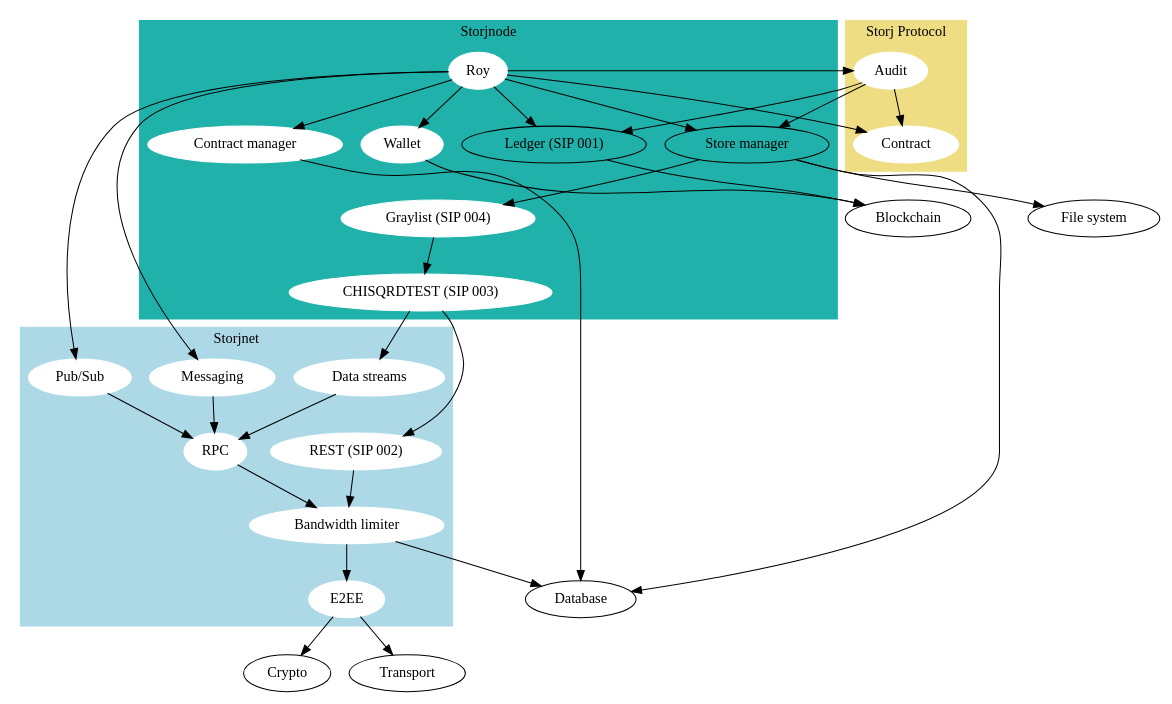
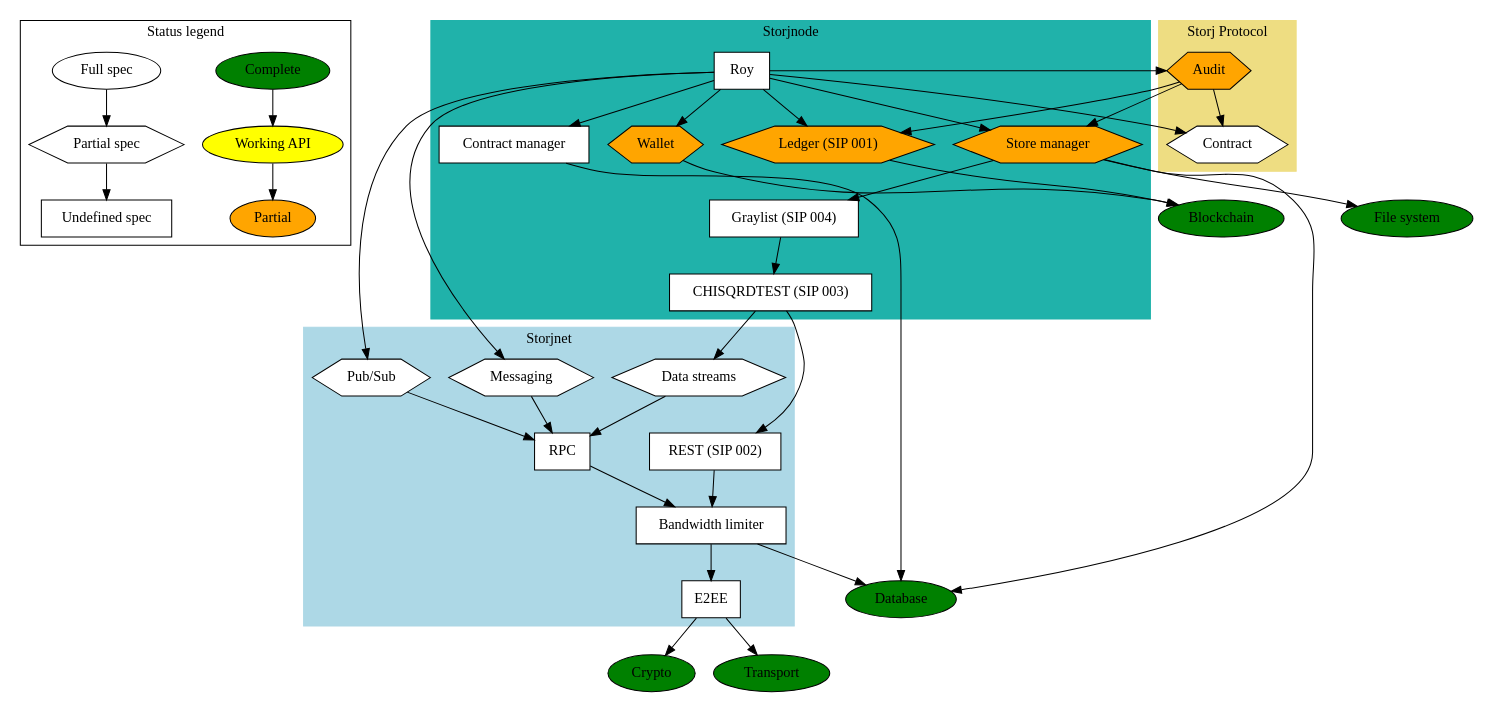
One commit to StorjOld/storjspec changed the diagram in docs/dependencies.dot. Above: the diagram before and after it, drawn with Graphviz. The commit also changed 2 other files, not shown here.

Commit message:
added status legend

```diff
--- a/docs/dependencies.dot
+++ b/docs/dependencies.dot
@@ -1,86 +1,99 @@
 // syntax guide: http://www.graphviz.org/pdf/dotguide.pdf
 // compile: `dot -Tpdf dependencies.dot -o dependencies.pdf`
 
 
 digraph G {
+    node [shape="box", style="filled", color="black", fillcolor="white"];
+
+    // LEGEND
+    subgraph cluster_0 {
+        label = "Status legend";
+
+        "Complete" [fillcolor=green, shape=ellipse];
+        "Working API" [fillcolor=yellow, shape=ellipse];
+        "Partial" [fillcolor=orange, shape=ellipse];
+
+        "Full spec" [shape=ellipse];
+        "Partial spec" [shape=hexagon];
+        "Undefined spec" [shape=box];
+    };
+    "Complete" -> "Working API" -> "Partial";
+    "Full spec" -> "Partial spec" -> "Undefined spec";
+
 
     // STORJNET
     subgraph cluster_1 {
         label = "Storjnet";
-        node [style=filled,color=white];
         style=filled;
         color=lightblue;
 
-        "Pub/Sub"; // enable publishing and subscribing to events
-        "Data streams"; // full duplex data transfer
-        "Messaging"; // to shortcut the pubsub after peer found
+        "Pub/Sub" [shape=hexagon]; // enable publishing and subscribing to events
+        "Data streams" [shape=hexagon]; // full duplex data transfer
+        "Messaging" [shape=hexagon]; // to shortcut the pubsub after peer found
         "RPC"; // rpc calls and data transfer between clients
         "E2EE"; // End-to-end encryption
         "Bandwidth limiter";
         "REST (SIP 002)"; // put/get shards
     };
     "Pub/Sub" -> "RPC";
     "Messaging" -> "RPC";
     "Data streams" -> "RPC";
     "RPC" -> "Bandwidth limiter";
     "REST (SIP 002)" -> "Bandwidth limiter";
     "Bandwidth limiter" -> "E2EE";
     "E2EE" -> "Crypto";
     "E2EE" -> "Transport";
     "Bandwidth limiter" -> "Database";
 
     // STORJ PROTOCOL
     subgraph cluster_2 {
         label = "Storj Protocol";
-        node [style=filled,color=white];
         style=filled;
         color=lightgoldenrod;
 
-        "Contract"; // terms of a storage contract between peers
-        "Audit"; // track state of a contract over time
+        "Contract" [shape=hexagon]; // terms of a storage contract between peers
+        "Audit" [fillcolor=orange, shape=hexagon]; // track state of a contract over time
     };
     "Audit" -> "Contract"; // when/how to perform the audit
     "Audit" -> "Store manager"; // perform audit challange
     "Audit" -> "Ledger (SIP 001)"; // save result in ledger
 
     // STORJNODE
     subgraph cluster_3 {
         label = "Storjnode";
-        node [style=filled,color=white];
         style=filled;
         color=lightseagreen;
 
         "Roy"; // for sending/receiving of funds for services used 
-        "Store manager"; // store data on drives
-        "Wallet";
+        "Store manager" [fillcolor=orange, shape=hexagon];
+        "Wallet" [fillcolor=orange, shape=hexagon];
         "Contract manager"; // Store contracts
         "CHISQRDTEST (SIP 003)";
         "Graylist (SIP 004)";
-        "Ledger (SIP 001)"; // read/write historic events
+        "Ledger (SIP 001)" [fillcolor=orange, shape=hexagon];
     };
     "Roy" -> "Contract manager";
     "Contract manager" -> "Database";
     "Store manager" -> "File system";
     "Store manager" -> "Graylist (SIP 004)";
     "Store manager" -> "Database";
     "Graylist (SIP 004)" -> "CHISQRDTEST (SIP 003)";
     "CHISQRDTEST (SIP 003)" -> "Data streams";
     "CHISQRDTEST (SIP 003)" -> "REST (SIP 002)";
     "Wallet" -> "Blockchain";
     "Roy" -> "Messaging";
     "Roy" -> "Audit"; // perform audits
     "Roy" -> "Contract"; // verify agreed to use/provide a service
     "Roy" -> "Ledger (SIP 001)"; // verify service was used/provided
     "Roy" -> "Wallet"; // transfer funds
     "Roy" -> "Pub/Sub"; // ask/bid on contracts
     "Roy" -> "Store manager";
     "Ledger (SIP 001)" -> "Blockchain";
 
     // EXTERNAL
-    "File system";
-    "Crypto"; // for encryption/signing
-    "Database";
-    "Blockchain";
-    "Transport";
-
+    "File system" [fillcolor=green, shape=ellipse];
+    "Crypto" [fillcolor=green, shape=ellipse];
+    "Database" [fillcolor=green, shape=ellipse];
+    "Blockchain" [fillcolor=green, shape=ellipse];
+    "Transport" [fillcolor=green, shape=ellipse];
 }
```
